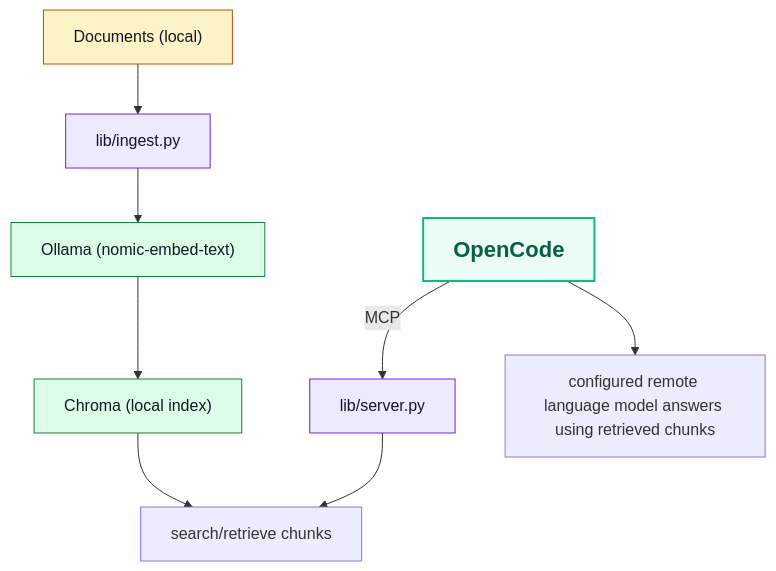
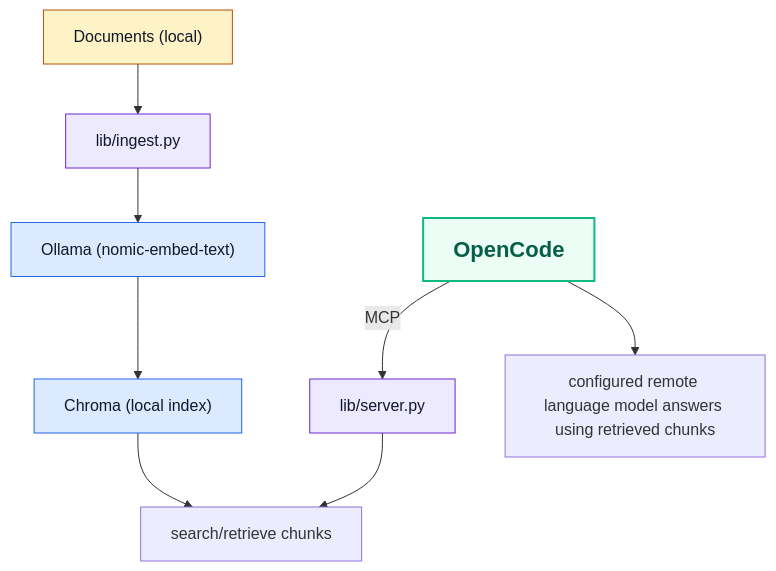
Before and after one commit to andrepester/rag-search-mcp: the diagram in README.md, drawn with Mermaid.

Commit message:
docs: switch Ollama/Chroma nodes to pastel blue

````diff
--- a/README.md
+++ b/README.md
@@ -13,22 +13,22 @@
 ```mermaid
 flowchart TD
     A["Documents (local)"] --> B["lib/ingest.py"]
     B --> C["Ollama (nomic-embed-text)"]
     C --> D["Chroma (local index)"]
 
     E["OpenCode"] -->|MCP| F["lib/server.py"]
     F --> G["search/retrieve chunks"]
     D --> G
 
     E --> H["configured remote language model answers using retrieved chunks"]
 
     classDef docs fill:#fef3c7,stroke:#b45309,stroke-width:1px,color:#111827;
     classDef opencode fill:#ecfdf5,stroke:#10b981,stroke-width:2px,color:#065f46,font-size:22px,font-weight:bold;
-    classDef vector fill:#dcfce7,stroke:#15803d,stroke-width:1px,color:#111827;
+    classDef vector fill:#dbeafe,stroke:#2563eb,stroke-width:1px,color:#111827;
     classDef libs fill:#ede9fe,stroke:#6d28d9,stroke-width:1px,color:#111827;
 
     class A docs;
     class E opencode;
     class C,D vector;
     class B,F libs;
 ```
````
